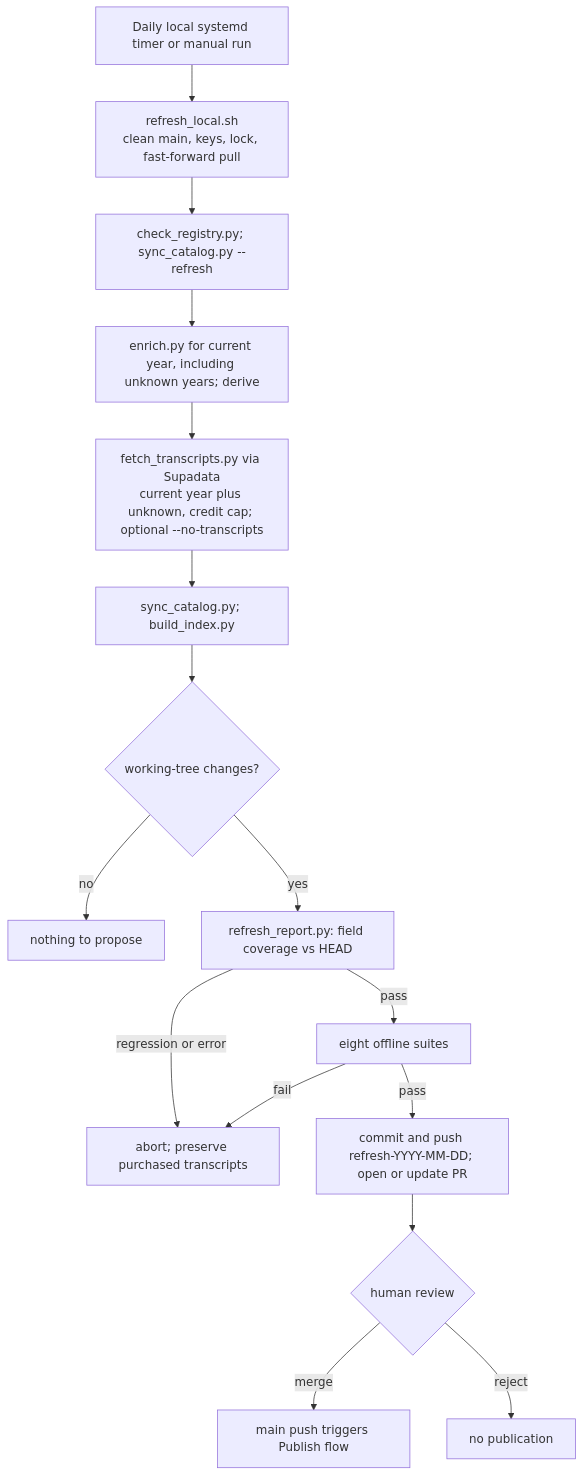
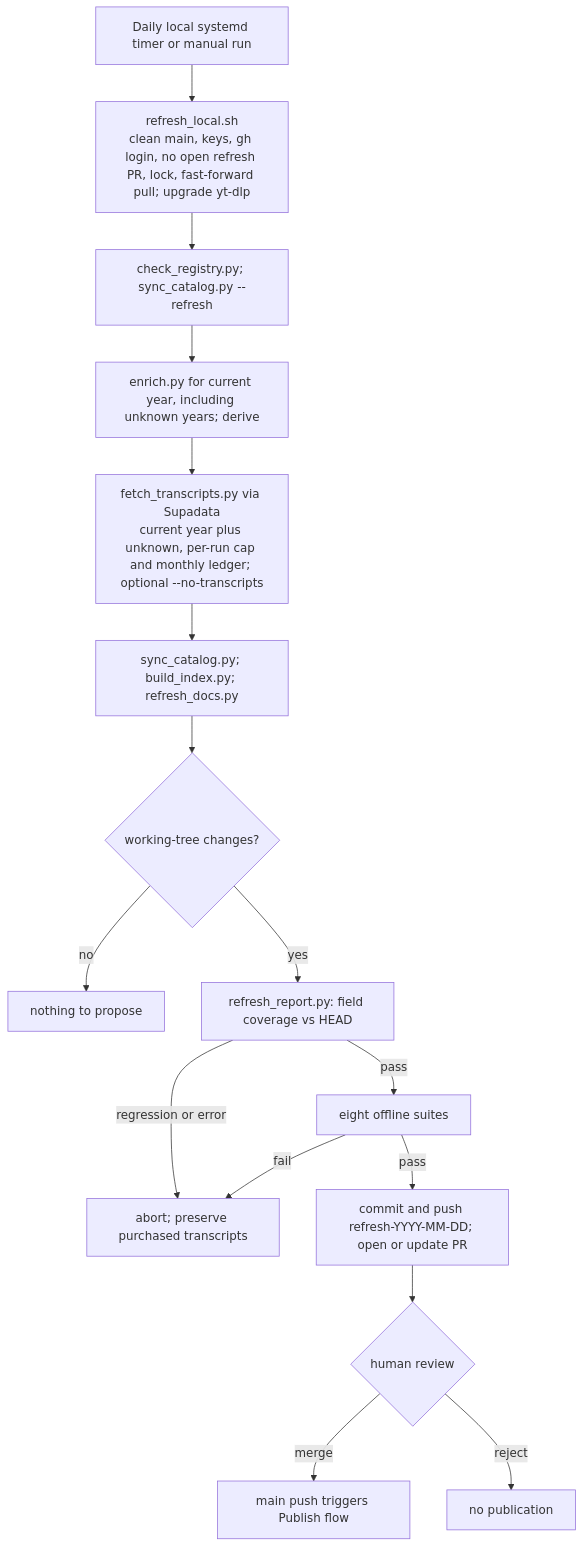
One commit to ppruchnerovic/ai-talks-universe changed the second of 2 diagrams in specs/publishing.md. Above: the diagram before and after it, drawn with Mermaid. The commit also changed other lines of this file and 4 other files, not shown here.

First line of the commit message:
Close the refresh gaps: doc counts, monthly credit budget, yt-dlp update, lingering, open-PR guard

````diff
--- a/specs/publishing.md
+++ b/specs/publishing.md
@@ -250,18 +268,18 @@
 ```mermaid
 flowchart TD
-    TIMER["Daily local systemd timer or manual run"] --> PRE["refresh_local.sh<br/>clean main, keys, lock, fast-forward pull"]
+    TIMER["Daily local systemd timer or manual run"] --> PRE["refresh_local.sh<br/>clean main, keys, gh login, no open refresh PR, lock, fast-forward pull; upgrade yt-dlp"]
     PRE --> ENUM["check_registry.py; sync_catalog.py --refresh"]
     ENUM --> ENR["enrich.py for current year, including unknown years; derive"]
-    ENR --> FETCH["fetch_transcripts.py via Supadata<br/>current year plus unknown, credit cap; optional --no-transcripts"]
-    FETCH --> BUILD["sync_catalog.py; build_index.py"]
+    ENR --> FETCH["fetch_transcripts.py via Supadata<br/>current year plus unknown, per-run cap and monthly ledger; optional --no-transcripts"]
+    FETCH --> BUILD["sync_catalog.py; build_index.py; refresh_docs.py"]
     BUILD --> CH{"working-tree changes?"}
     CH -- no --> END["nothing to propose"]
     CH -- yes --> REP["refresh_report.py: field coverage vs HEAD"]
     REP -- regression or error --> ABORT["abort; preserve purchased transcripts"]
     REP -- pass --> TEST["eight offline suites"]
     TEST -- fail --> ABORT
     TEST -- pass --> PR["commit and push refresh-YYYY-MM-DD; open or update PR"]
     PR --> HUMAN{"human review"}
     HUMAN -- merge --> MAIN["main push triggers Publish flow"]
     HUMAN -- reject --> STOP["no publication"]
 ```
````
